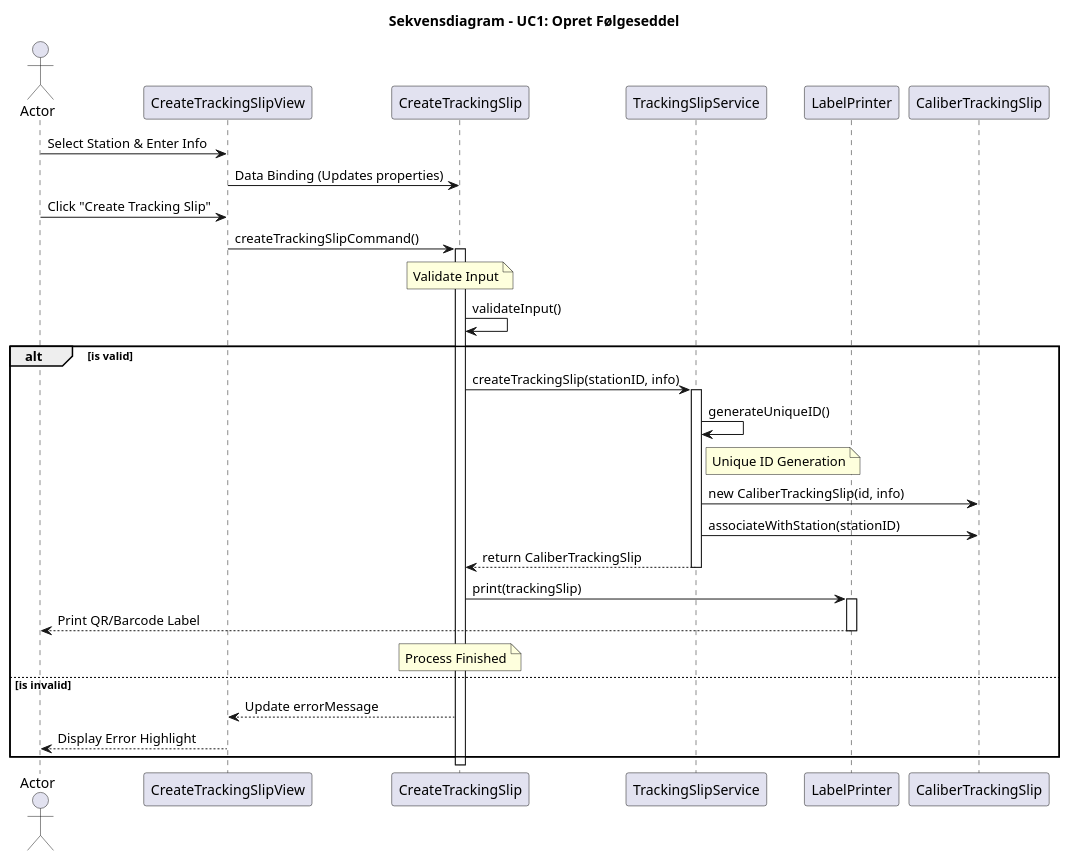
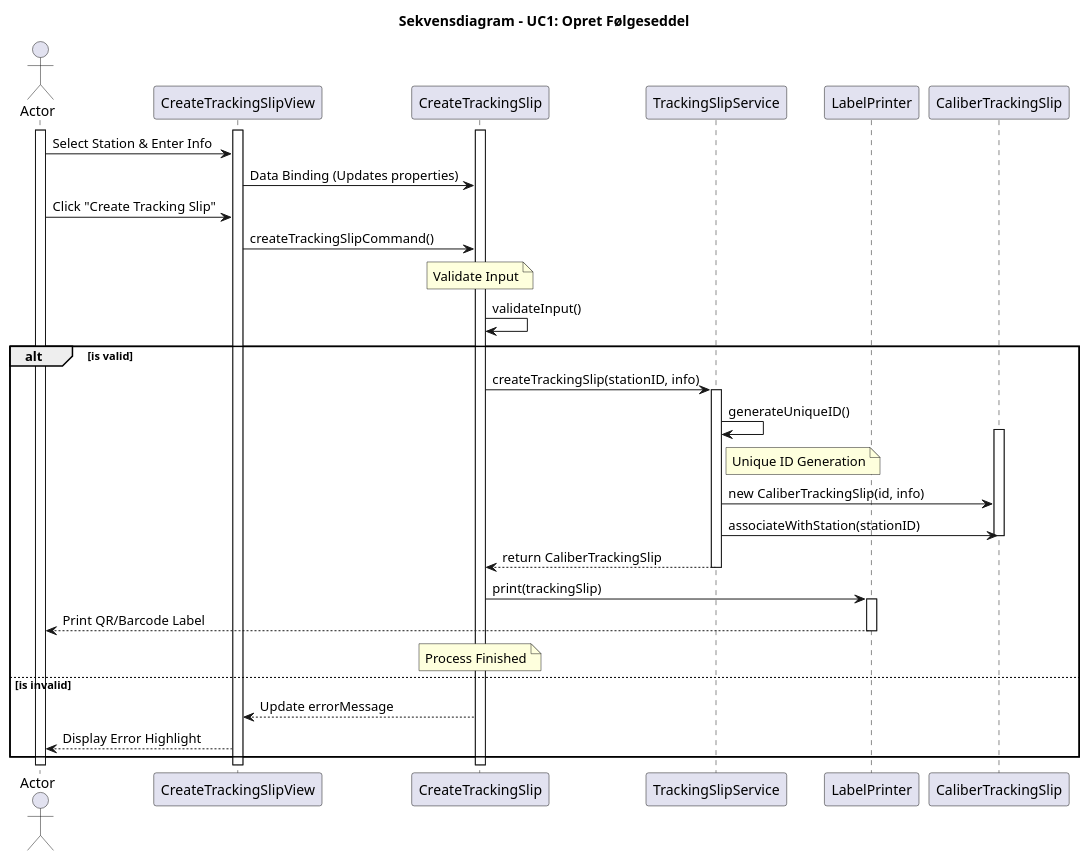
One commit to marsbo04/budweg changed the diagram in uml_artifacts/uc1_sd.puml. Above: the diagram before and after it, drawn with PlantUML.

Commit message:
Update sequence diagram for UC1: Opret Følgeseddel

```diff
--- a/uml_artifacts/uc1_sd.puml
+++ b/uml_artifacts/uc1_sd.puml
@@ -1,45 +1,49 @@
 @startuml UC1SD
 title  Sekvensdiagram - UC1: Opret Følgeseddel
     actor "Actor" as User
+    activate User
     participant "CreateTrackingSlipView" as View
     participant "CreateTrackingSlip" as VM
     participant "TrackingSlipService" as Service
     participant "CaliberTrackingSlip" as Model
     participant "LabelPrinter" as Printer
-
+    activate View
+    activate VM
     User->View: Select Station & Enter Info
     View->VM: Data Binding (Updates properties)
-    
+
     User->View: Click "Create Tracking Slip"
     View->VM: createTrackingSlipCommand()
+   
     
-        activate VM
         Note over VM: Validate Input
         VM->VM: validateInput()
     
     
     alt is valid
         VM->Service: createTrackingSlip(stationID, info)
         
         activate Service
         Service->Service: generateUniqueID()
         Note right of Service:  Unique ID Generation
         
         create participant Model
+        activate Model
         Service->Model: new CaliberTrackingSlip(id, info)
         Service->Model: associateWithStation(stationID)
-        
+        deactivate Model
         Service-->VM: return CaliberTrackingSlip
         deactivate Service
         
         VM->Printer: print(trackingSlip)
         activate Printer
         Printer-->User: Print QR/Barcode Label
         deactivate Printer
         
+
         Note over VM: Process Finished
     else is invalid
         VM-->View: Update errorMessage
         View-->User: Display Error Highlight
     end
 @enduml
```
